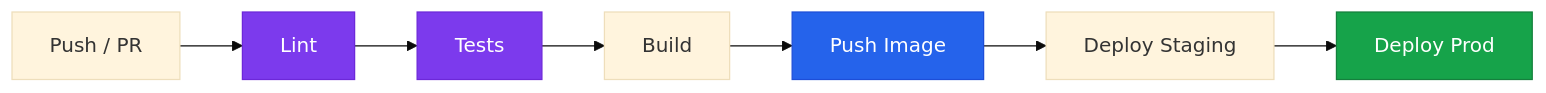
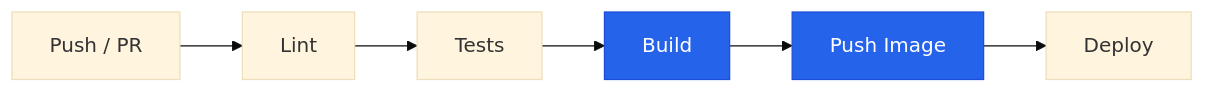
The fifth of 7 diagrams in ING1 - 2025-2026 - Devops/slides.md (KingEwin/courses), drawn with Mermaid (base theme) before and after one commit. The commit also changed other lines of this file and 574 other files, not shown here.

````diff
--- a/ING1 - 2025-2026 - Devops/slides.md
+++ b/ING1 - 2025-2026 - Devops/slides.md
@@ -1787,13 +1787,6 @@
 ```mermaid
 graph LR
-  A[Push / PR] --> B[Lint]
-  B --> C[Tests]
-  C --> D[Build]
-  D --> E[Push Image]
-  E --> F[Deploy Staging]
-  F --> G[Deploy Prod]
-  style B fill:#7c3aed,stroke:#6d28d9,color:#fff
-  style C fill:#7c3aed,stroke:#6d28d9,color:#fff
+  A[Push / PR] --> B[Lint] --> C[Tests] --> D[Build] --> E[Push Image] --> F[Deploy]
+  style D fill:#2563eb,stroke:#1d4ed8,color:#fff
   style E fill:#2563eb,stroke:#1d4ed8,color:#fff
-  style G fill:#16a34a,stroke:#15803d,color:#fff
 ```
````
